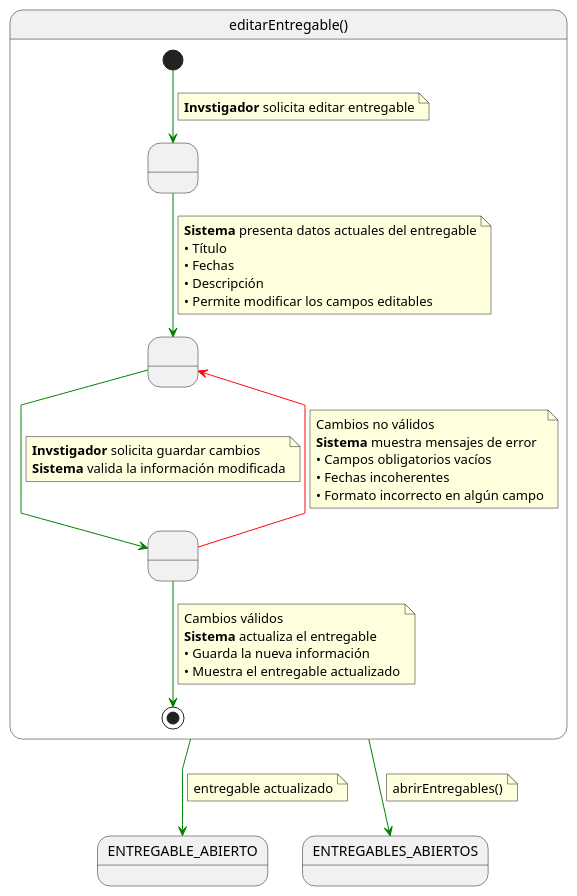
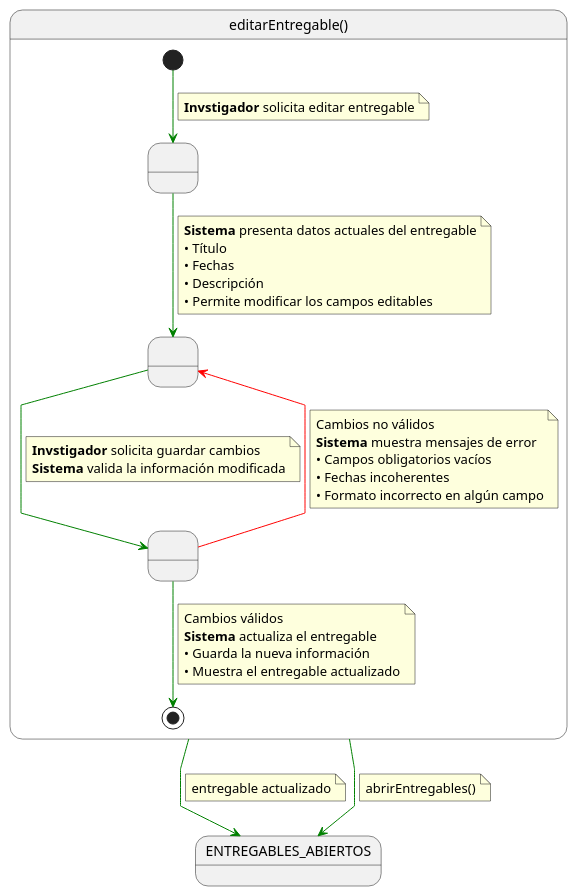
Before and after one commit to 31Diego/25-26-IdSw1-SdR: the diagram in documents/CasosDeUso/investigador/02-gestion-entregables/editarEntregable/editarEntregable.puml, drawn with PlantUML. The commit also changed 1 other file, not shown here.

Commit message:
fix/flecha de resultado a entregables abiertos

```diff
--- a/documents/CasosDeUso/investigador/02-gestion-entregables/editarEntregable/editarEntregable.puml
+++ b/documents/CasosDeUso/investigador/02-gestion-entregables/editarEntregable/editarEntregable.puml
@@ -1,59 +1,59 @@
 @startuml editarEntregable
 
 skinparam linetype polyline
 
 state editarEntregable as "editarEntregable()" {
 
     state " " as MostrandoEntregable
     state " " as EditandoEntregable
     state " " as ValidandoCambios
 
     [*] -[#green]-> MostrandoEntregable
     note on link
     <b>Invstigador</b> solicita editar entregable
     end note
 
     MostrandoEntregable -[#green]-> EditandoEntregable
     note on link
     <b>Sistema</b> presenta datos actuales del entregable
     • Título
     • Fechas
     • Descripción
     • Permite modificar los campos editables
     end note
 
     EditandoEntregable -[#green]-> ValidandoCambios
     note on link
     <b>Invstigador</b> solicita guardar cambios
     <b>Sistema</b> valida la información modificada
     end note
 
     ValidandoCambios -[#red]-> EditandoEntregable
     note on link
     Cambios no válidos
     <b>Sistema</b> muestra mensajes de error
     • Campos obligatorios vacíos
     • Fechas incoherentes
     • Formato incorrecto en algún campo
     end note
 
     ValidandoCambios -[#green]-> [*]
     note on link
     Cambios válidos
     <b>Sistema</b> actualiza el entregable
     • Guarda la nueva información
     • Muestra el entregable actualizado
     end note
 }
 
-editarEntregable -[#green]-> ENTREGABLE_ABIERTO
+editarEntregable -[#green]-> ENTREGABLES_ABIERTOS
 note on link
 entregable actualizado
 end note
 
 editarEntregable -[#green]-> ENTREGABLES_ABIERTOS
 note on link
 abrirEntregables()
 end note
 
 @enduml
```
